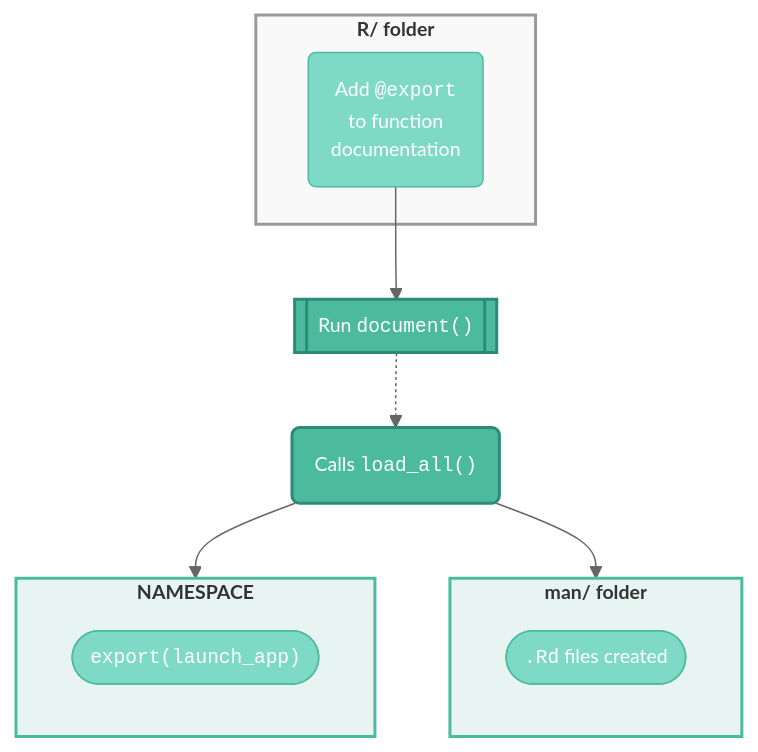
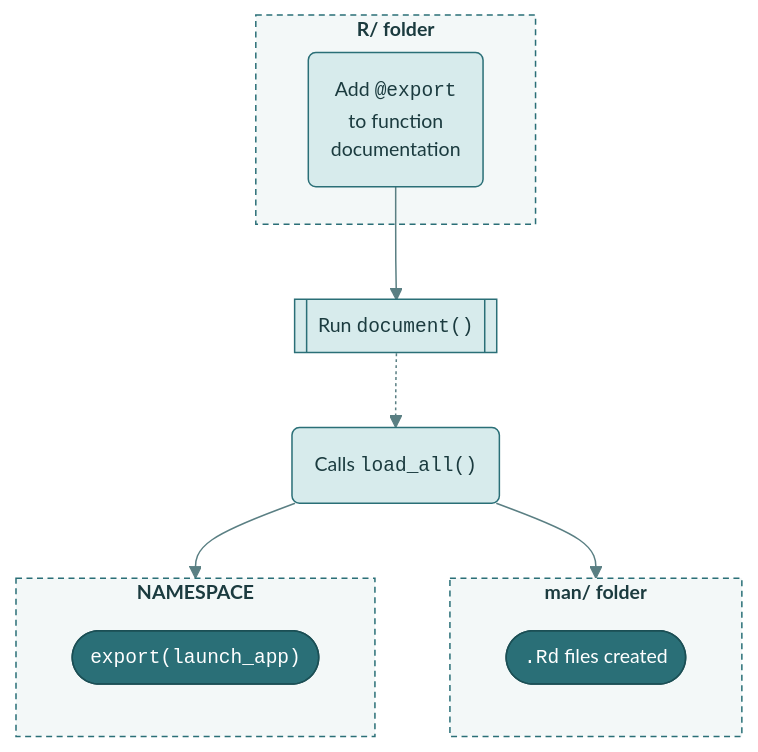
The third of 4 diagrams in dependencies.qmd (mjfrigaard/shiny-app-pkgs), drawn with Mermaid before and after one commit. The commit also changed other lines of this file and 22 other files, not shown here.

First line of the commit message:
Standardize mermaid diagrams on the site teal palette

````diff
--- a/dependencies.qmd
+++ b/dependencies.qmd
@@ -472,31 +475,31 @@
 ```{mermaid}
 %%| fig-align: center
 %%| fig-cap: 'What @export does'
-%%{init: {'theme': 'neutral', 'themeVariables': { 'fontFamily': 'monospace', "fontSize":"13px"}}}%%
+%%{init: {'theme': 'base', 'themeVariables': { 'fontFamily': 'monospace', "fontSize":"13px", "primaryColor":"#D7EBEC", "primaryTextColor":"#1B3B3F", "primaryBorderColor":"#2A6F77", "lineColor":"#5A7F83", "edgeLabelBackground":"#FFFFFF", "clusterBkg":"#F3F8F8", "clusterBorder":"#2A6F77", "darkMode":false}}}%%
 flowchart
     subgraph R["<strong>R/ folder</strong>"]
         Tag("Add <code>@export</code><br>to function<br>documentation")
     end
   subgraph NS["<strong>NAMESPACE</strong>"]
         Exported(["<code>export(launch_app)</code>"])
   end
   subgraph Man["<strong>man/ folder</strong>"]
         RdFile(["<code>.Rd</code> files created"])
   end
   Document[["Run <code>document()</code>"]]
   Load("Calls <code>load_all()</code>")
   
 
   Tag --> Document
   Document -.-> Load --> NS & Man
 
-  style R fill:#f9f9f9,stroke:#999,stroke-width:2px
-  style NS fill:#e8f4f1,stroke:#4CBB9D,stroke-width:2px
-  style Man fill:#e8f4f1,stroke:#4CBB9D,stroke-width:2px
-  style Tag fill:#7fd9c7,color:#fff,stroke:#4CBB9D,stroke-width:1px
-  style Document fill:#4CBB9D,color:#fff,stroke:#2d8a7a,stroke-width:2px
-  style Load fill:#4CBB9D,color:#fff,stroke:#2d8a7a,stroke-width:2px
-  style Exported fill:#7fd9c7,color:#fff,stroke:#4CBB9D,stroke-width:1px
-  style RdFile fill:#7fd9c7,color:#fff,stroke:#4CBB9D,stroke-width:1px
-
+    classDef term fill:#2A6F77,color:#FFFFFF,stroke:#1B4F55,stroke-width:1px
+    classDef step fill:#D7EBEC,color:#1B3B3F,stroke:#2A6F77,stroke-width:1px
+    classDef decision fill:#F4C26B,color:#3D2A00,stroke:#B7832B,stroke-width:1px
+    classDef io fill:#FFFFFF,color:#1B3B3F,stroke:#2A6F77,stroke-width:1px
+    class Exported,RdFile term
+    class Tag,Document,Load step
+    style R fill:#F3F8F8,color:#1B3B3F,stroke:#2A6F77,stroke-width:1px,stroke-dasharray:4 3
+    style NS fill:#F3F8F8,color:#1B3B3F,stroke:#2A6F77,stroke-width:1px,stroke-dasharray:4 3
+    style Man fill:#F3F8F8,color:#1B3B3F,stroke:#2A6F77,stroke-width:1px,stroke-dasharray:4 3
 ```
````
